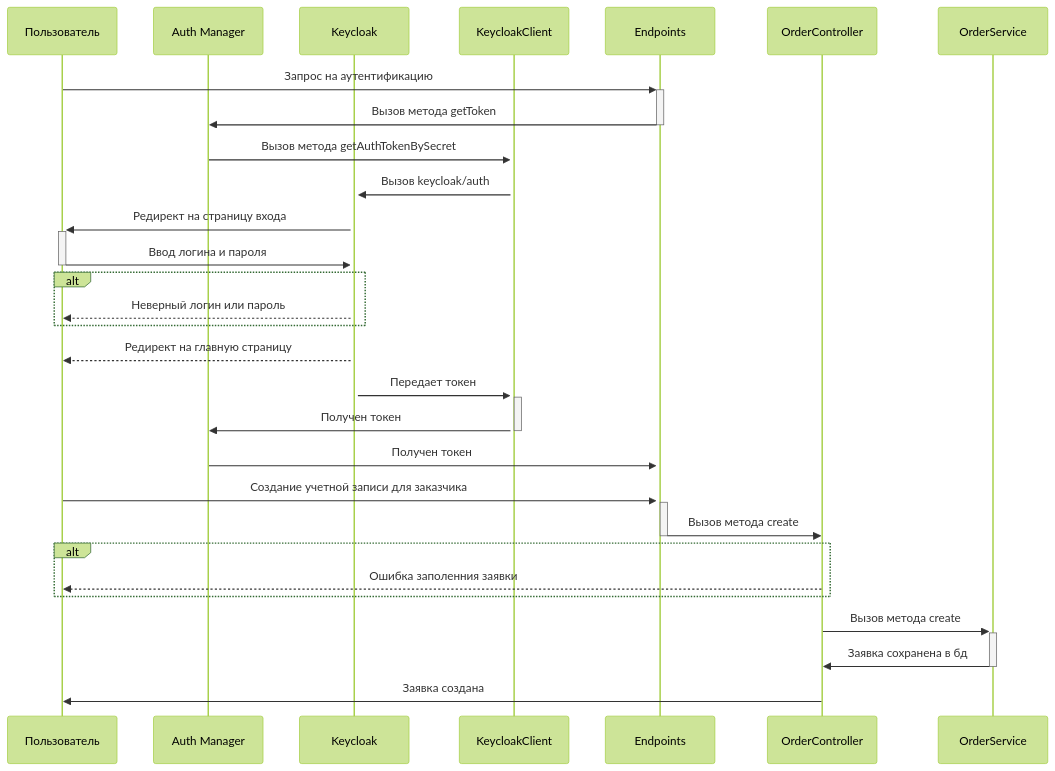
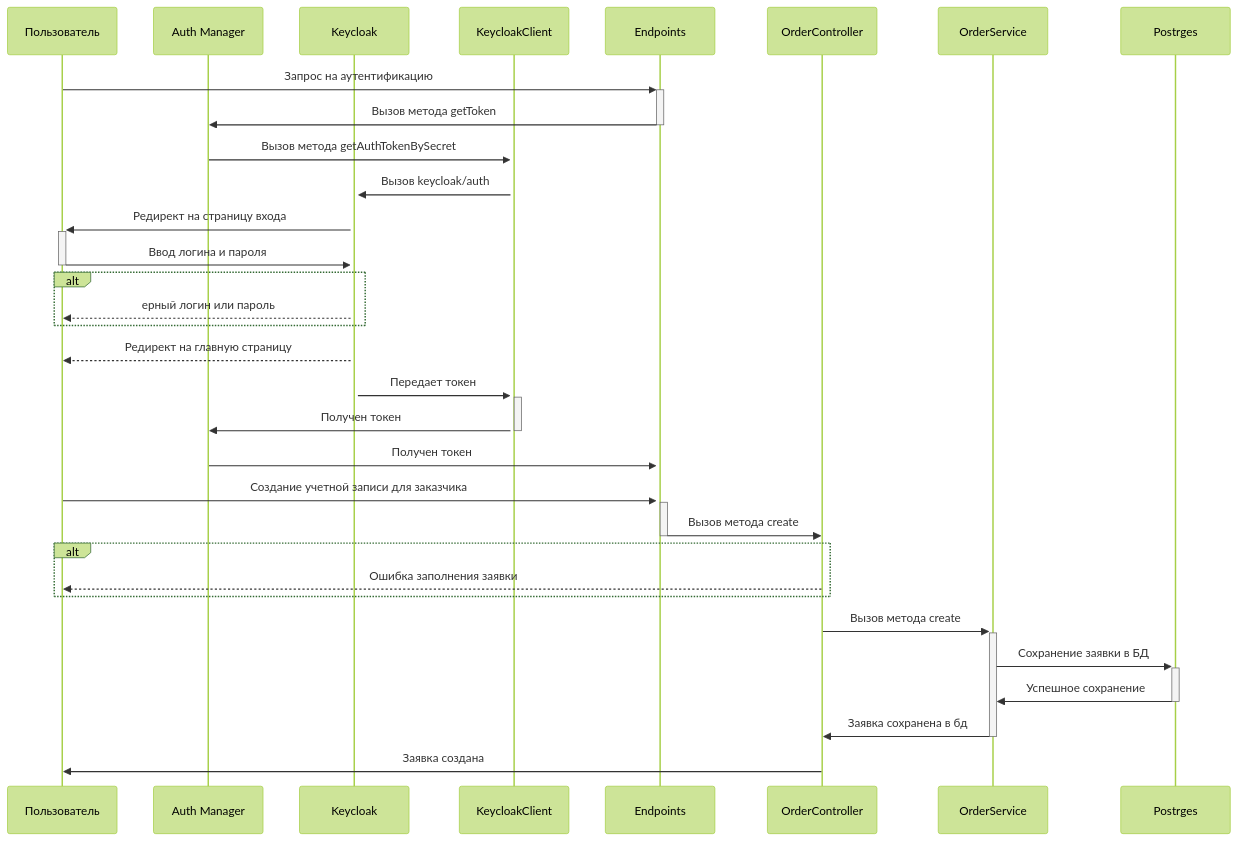
Before and after one commit to GulDilin/itmo: the diagram in magistracy/software-engeneering-methodology/diagrams/Sequence_UC-Create-Order_Imlementation.mmd, drawn with Mermaid (forest theme). The commit also changed 5 other files, not shown here.

Commit message:
update diagrams

```diff
--- a/magistracy/software-engeneering-methodology/diagrams/Sequence_UC-Create-Order_Imlementation.mmd
+++ b/magistracy/software-engeneering-methodology/diagrams/Sequence_UC-Create-Order_Imlementation.mmd
@@ -1,38 +1,40 @@
 sequenceDiagram
     participant Пользователь
-
     participant Auth Manager
     participant Keycloak
     participant KeycloakClient
     participant Endpoints
     participant OrderController
     participant OrderService
+    participant Postrges
 
     Пользователь ->>+ Endpoints: Запрос на аутентификацию
 
     Endpoints ->>- Auth Manager: Вызов метода getToken
     Auth Manager ->>+ KeycloakClient: Вызов метода getAuthTokenBySecret
 
     KeycloakClient ->>+ Keycloak: Вызов keycloak/auth
     Keycloak ->>+ Пользователь: Редирект на страницу входа
     Пользователь ->>- Keycloak: Ввод логина и пароля
 
     alt
-        Keycloak -->> Пользователь: Неверный логин или пароль
+        Keycloak -->> Пользователь:ерный логин или пароль
     end
 
     Keycloak -->> Пользователь: Редирект на главную страницу
 
     Keycloak ->>+ KeycloakClient: Передает токен
     KeycloakClient ->>- Auth Manager: Получен токен
     Auth Manager ->>+  Endpoints: Получен токен
 
     Пользователь ->>+ Endpoints: Создание учетной записи для заказчика
 
     Endpoints ->>- OrderController: Вызов метода create
     alt
-        OrderController -->> Пользователь: Ошибка заполенния заявки
+        OrderController -->> Пользователь: Ошибка заполнения заявки
     end
     OrderController ->>+ OrderService: Вызов метода create
+    OrderService ->>+ Postrges: Сохранение заявки в БД
+    Postrges ->>- OrderService: Успешное сохранение
     OrderService ->>- OrderController: Заявка сохранена в бд
     OrderController ->> Пользователь: Заявка создана
```
